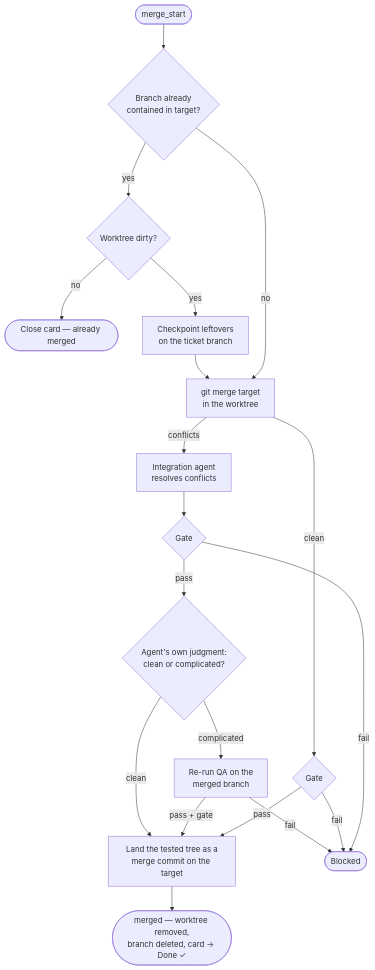
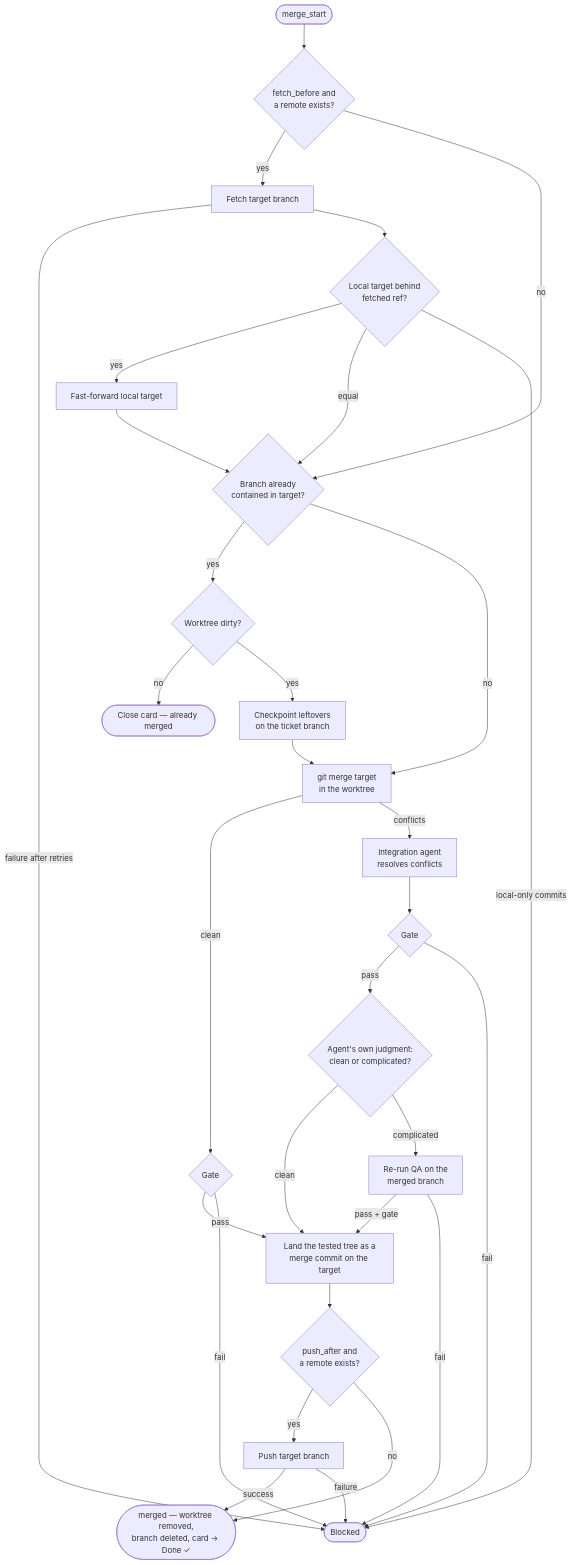
Before and after one commit to rdaruszka/jfdi: the diagram in docs/guide/integration.md, drawn with Mermaid. The commit also changed other lines of this file and 11 other files, not shown here.

First line of the commit message:
remote-git-integration: Add opt-in remote fetch/push to integration

````diff
--- a/docs/guide/integration.md
+++ b/docs/guide/integration.md
@@ -14,21 +14,33 @@
 ```mermaid
 flowchart TD
-    START([merge_start]) --> AM{Branch already<br/>contained in target?}
+    START([merge_start]) --> FETCH{fetch_before and<br/>a remote exists?}
+    FETCH -->|yes| RF[Fetch target branch]
+    RF -->|failure after retries| BLOCKED
+    RF --> SYNC{Local target behind<br/>fetched ref?}
+    SYNC -->|yes| FF[Fast-forward local target]
+    SYNC -->|equal| AM
+    SYNC -->|local-only commits| BLOCKED
+    FF --> AM
+    FETCH -->|no| AM{Branch already<br/>contained in target?}
     AM -->|yes| DIRTY{Worktree dirty?}
     DIRTY -->|no| CLOSE([Close card — already merged])
     DIRTY -->|yes| CHECKPOINT[Checkpoint leftovers<br/>on the ticket branch]
     CHECKPOINT --> MERGE
     AM -->|no| MERGE[git merge target<br/>in the worktree]
     MERGE -->|clean| GATE1{Gate}
     MERGE -->|conflicts| AGENT[Integration agent<br/>resolves conflicts]
     AGENT --> GATE2{Gate}
     GATE2 -->|pass| JUDGE{Agent's own judgment:<br/>clean or complicated?}
     JUDGE -->|clean| LAND
     JUDGE -->|complicated| REQA[Re-run QA on the<br/>merged branch]
     REQA -->|pass + gate| LAND[Land the tested tree as a<br/>merge commit on the target]
     REQA -->|fail| BLOCKED([Blocked])
     GATE1 -->|pass| LAND
     GATE1 -->|fail| BLOCKED
     GATE2 -->|fail| BLOCKED
-    LAND --> DONE([merged — worktree removed,<br/>branch deleted, card → Done ✓])
+    LAND --> PUSH{push_after and<br/>a remote exists?}
+    PUSH -->|yes| RP[Push target branch]
+    PUSH -->|no| DONE([merged — worktree removed,<br/>branch deleted, card → Done ✓])
+    RP -->|success| DONE
+    RP -->|failure| BLOCKED
 ```
````
